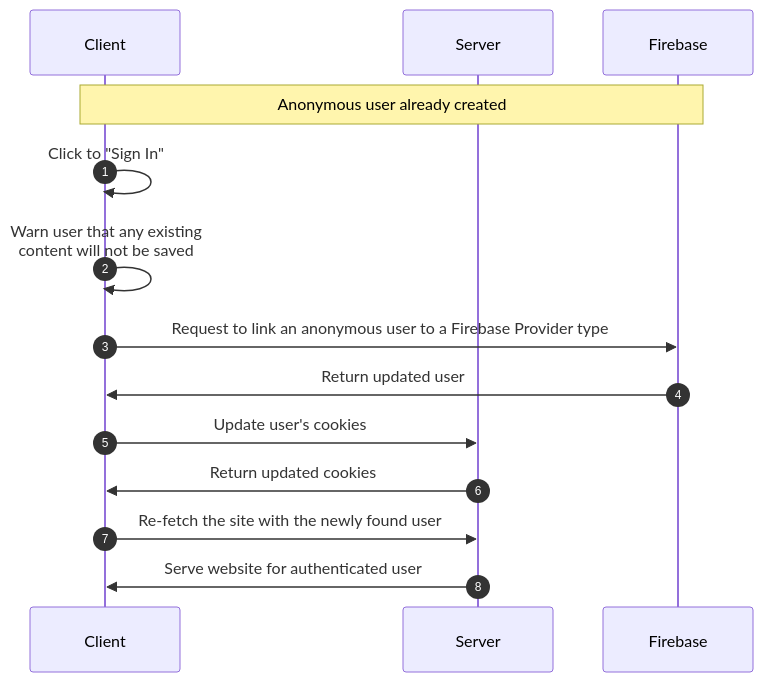
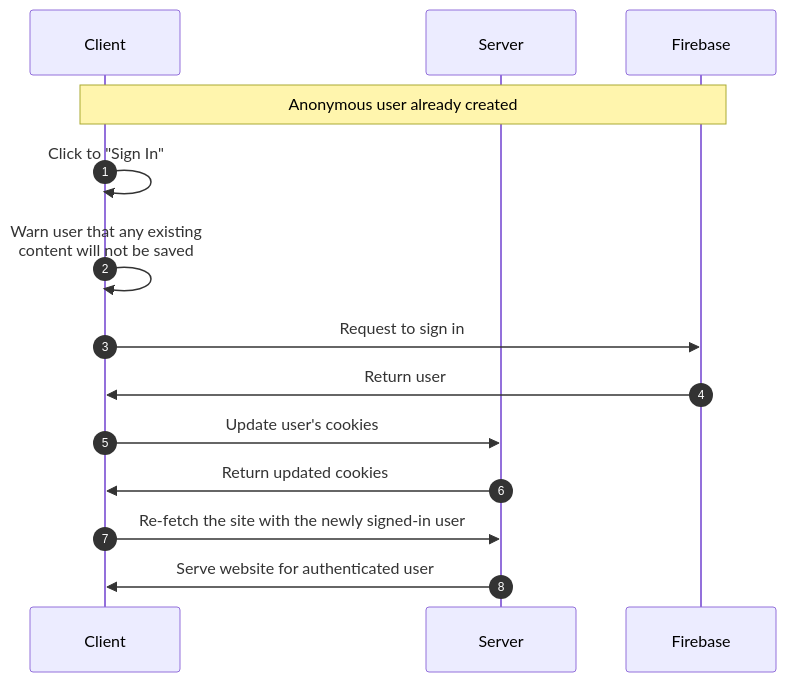
One commit to matthova/nextjs-firebase-server-cookies changed the third of 5 diagrams in README.md. Above: the diagram before and after it, drawn with Mermaid. The commit also changed other lines of this file and 10 other files, not shown here.

````diff
--- a/README.md
+++ b/README.md
@@ -120,16 +122,16 @@
 ```mermaid
 sequenceDiagram
     autonumber
     participant A as Client
     participant B as Server
     participant C as Firebase
     Note over A,C: Anonymous user already created
     A->>A: Click to "Sign In"
     A->>A: Warn user that any existing<br/>content will not be saved
-    A->>C: Request to link an anonymous user to a Firebase Provider type
-    C->>A: Return updated user
+    A->>C: Request to sign in
+    C->>A: Return user
     A->>B: Update user's cookies
     B->>A: Return updated cookies
-    A->>B: Re-fetch the site with the newly found user
+    A->>B: Re-fetch the site with the newly signed-in user
     B->>A: Serve website for authenticated user
 ```
````
